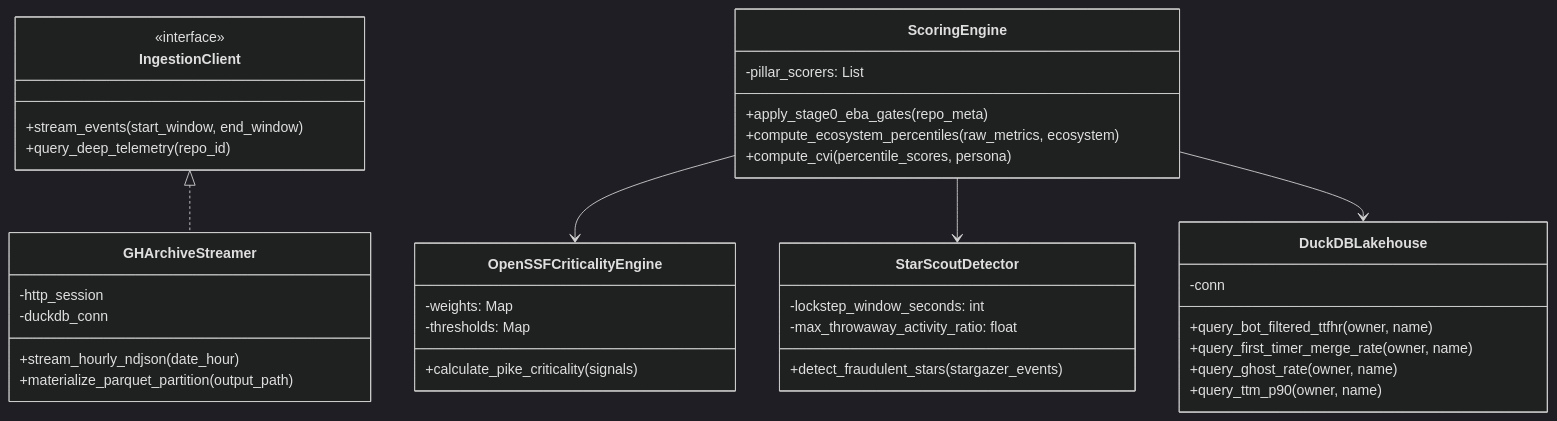
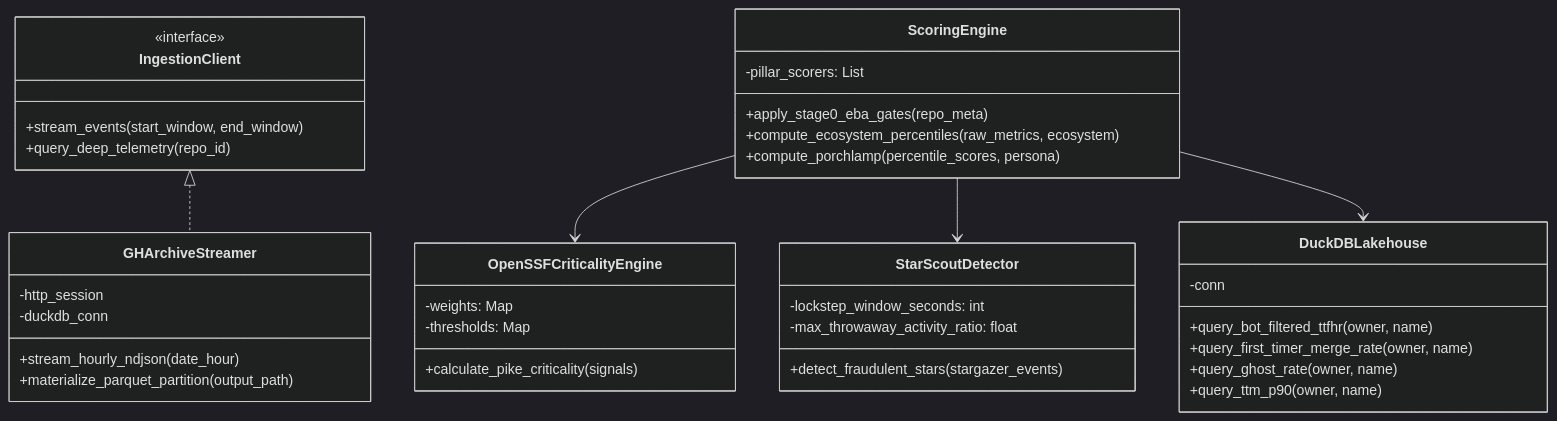
The fifth of 13 diagrams in docs/ARCHITECTURE.md (pctablet505/porchlamp-engine), drawn with Mermaid (dark theme) before and after one commit. The commit also changed other lines of this file and 643 other files, not shown here.

````diff
--- a/docs/ARCHITECTURE.md
+++ b/docs/ARCHITECTURE.md
@@ -372,47 +372,47 @@
 ```mermaid
 classDiagram
     class IngestionClient {
         <<interface>>
         +stream_events(start_window, end_window)
         +query_deep_telemetry(repo_id)
     }
 
     class GHArchiveStreamer {
         -http_session
         -duckdb_conn
         +stream_hourly_ndjson(date_hour)
         +materialize_parquet_partition(output_path)
     }
 
     class StarScoutDetector {
         -lockstep_window_seconds: int
         -max_throwaway_activity_ratio: float
         +detect_fraudulent_stars(stargazer_events)
     }
 
     class OpenSSFCriticalityEngine {
         -weights: Map
         -thresholds: Map
         +calculate_pike_criticality(signals)
     }
 
     class ScoringEngine {
         -pillar_scorers: List
         +apply_stage0_eba_gates(repo_meta)
         +compute_ecosystem_percentiles(raw_metrics, ecosystem)
-        +compute_cvi(percentile_scores, persona)
+        +compute_porchlamp(percentile_scores, persona)
     }
 
     class DuckDBLakehouse {
         -conn
         +query_bot_filtered_ttfhr(owner, name)
         +query_first_timer_merge_rate(owner, name)
         +query_ghost_rate(owner, name)
         +query_ttm_p90(owner, name)
     }
 
     IngestionClient <|.. GHArchiveStreamer
     ScoringEngine --> OpenSSFCriticalityEngine
     ScoringEngine --> StarScoutDetector
     ScoringEngine --> DuckDBLakehouse
 ```
````
